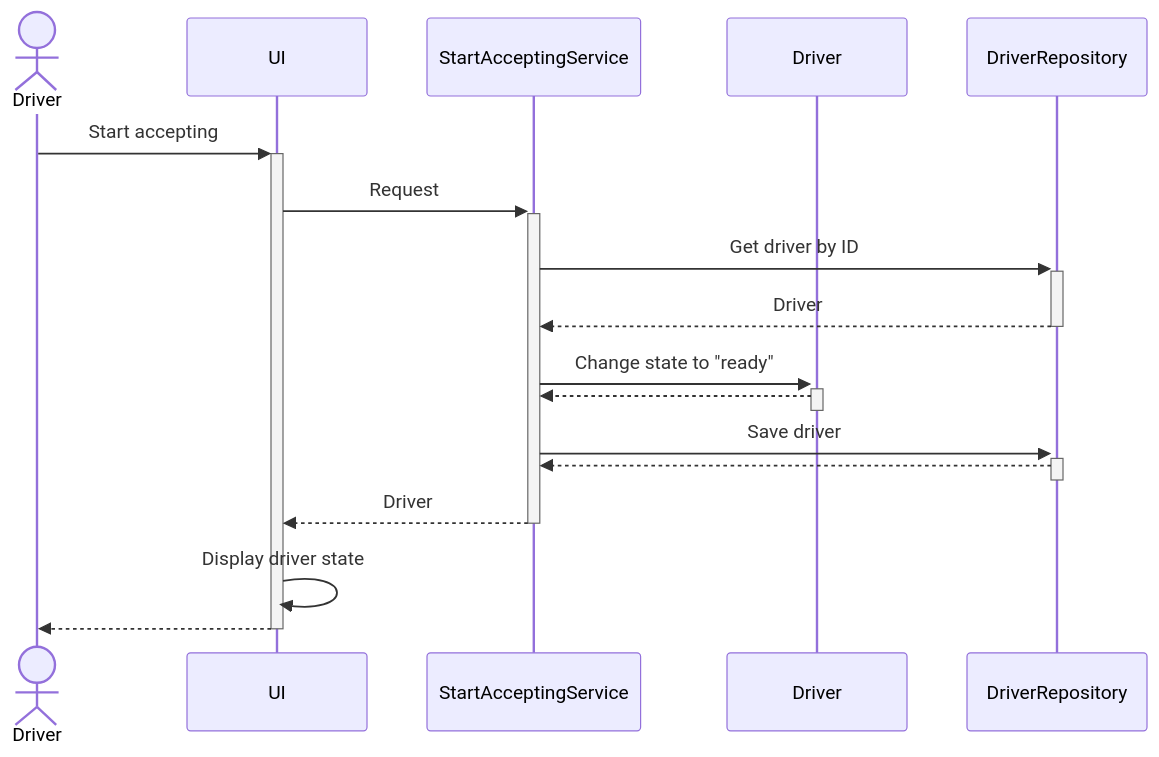
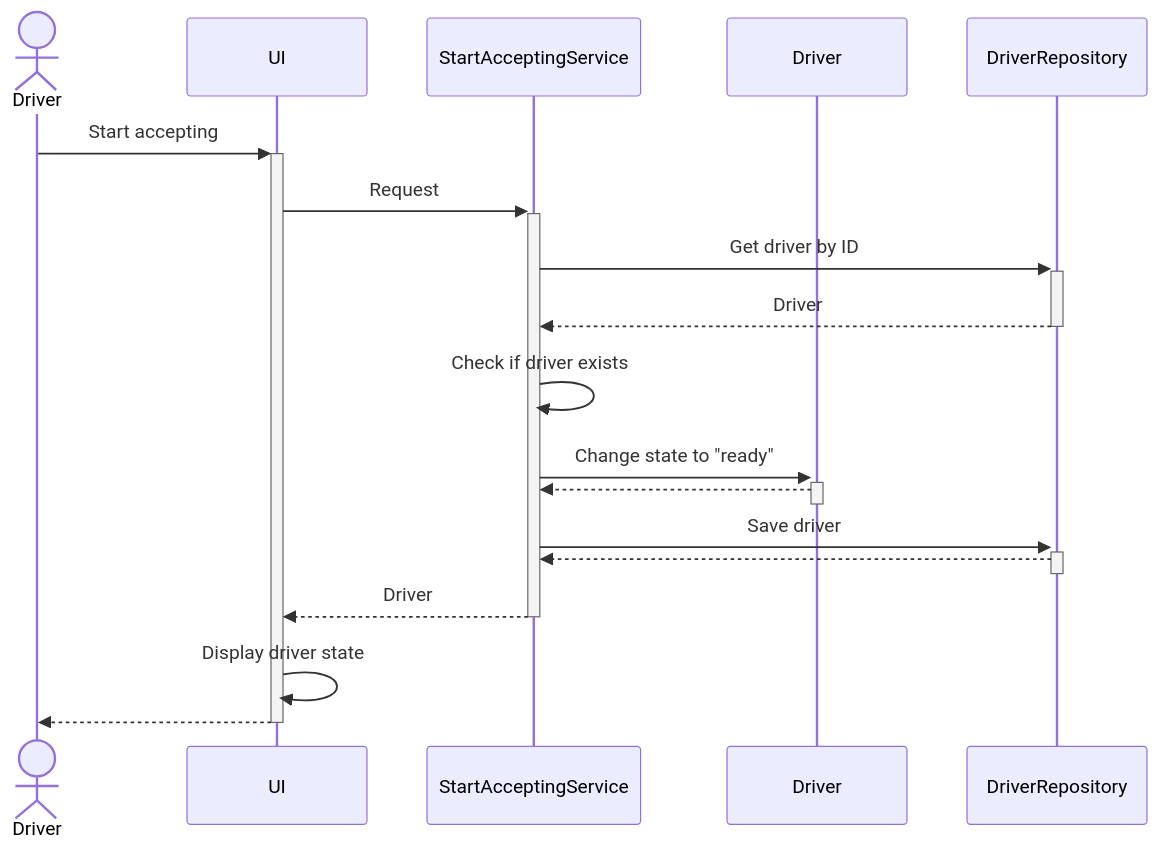
The diagram in DriverService/docs/sq_StartAccepting.md (Greate-Seagull/UIT-Go), drawn with Mermaid before and after one commit. The commit also changed 7 other files, not shown here.

````diff
--- a/DriverService/docs/sq_StartAccepting.md
+++ b/DriverService/docs/sq_StartAccepting.md
@@ -1,20 +1,21 @@
 ```mermaid
 sequenceDiagram
     actor DA as Driver
     participant UI
     participant SS as StartAcceptingService
     participant DE as Driver
     participant DR as DriverRepository    
 
     DA->>+UI: Start accepting
     UI->>+SS: Request
     SS->>+DR: Get driver by ID
     DR-->>-SS: Driver
+    SS->>SS: Check if driver exists
     SS->>+DE: Change state to "ready"
     DE-->>-SS: 
     SS->>+DR: Save driver
     DR-->>-SS:
     SS-->>-UI: Driver
     UI->>UI: Display driver state
     UI-->>-DA:
 ```
````
